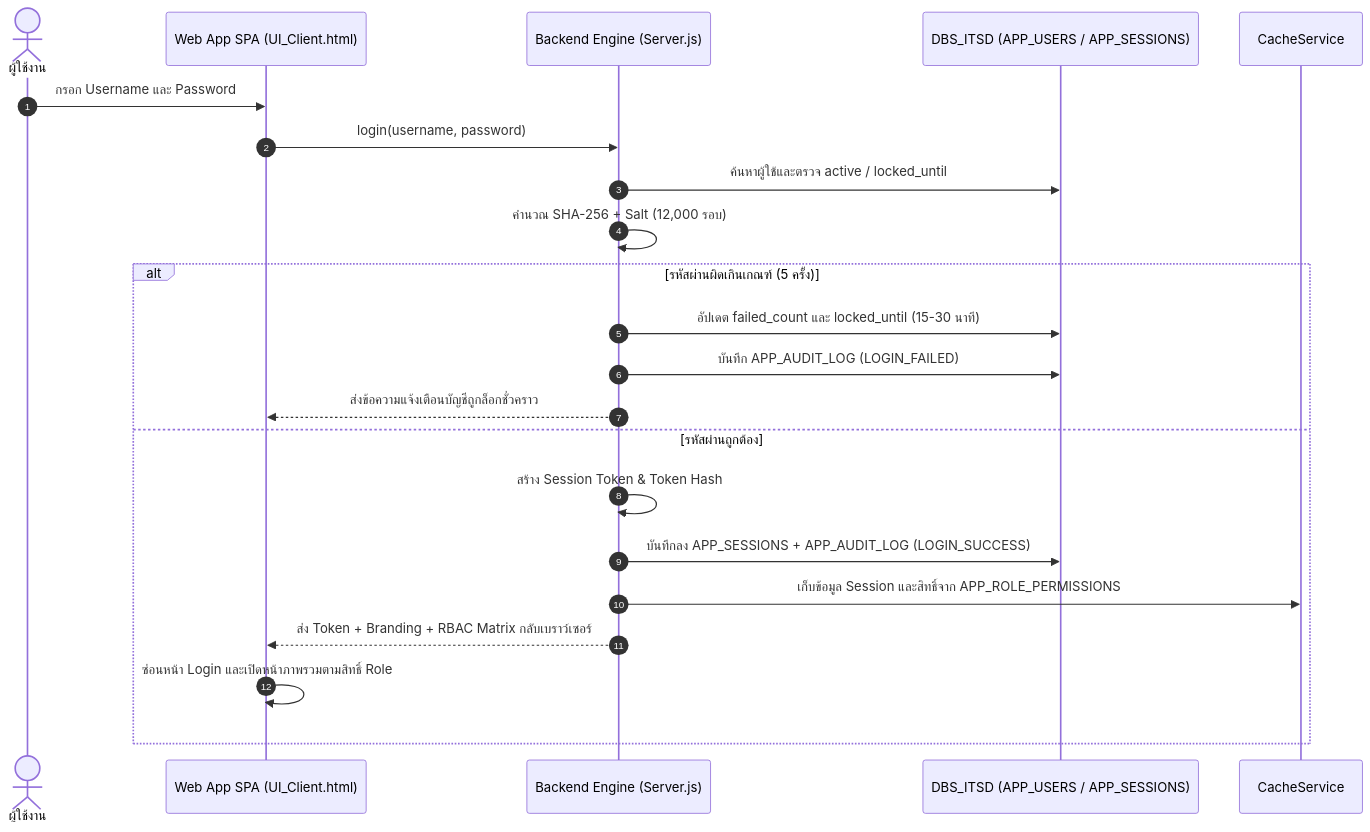
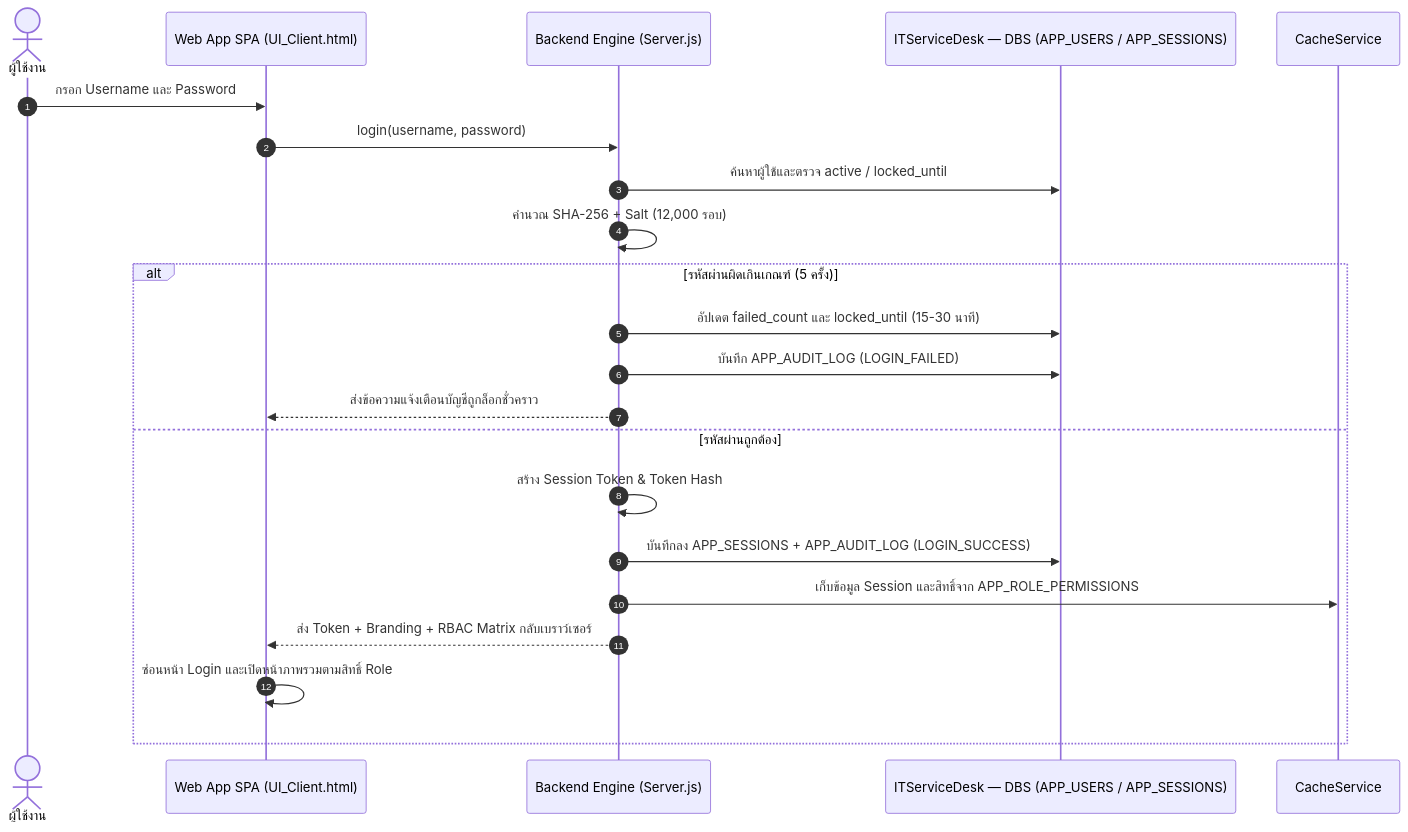
Before and after one commit to thakot-cloud/ITServiceDesk: the fourth of 9 diagrams in DATA_DIAGRAM_AND_WORKFLOW.md, drawn with Mermaid. The commit also changed other lines of this file and 3 other files, not shown here.

Commit message:
docs: standardize resource names to 005_ITServiceDesk and ITServiceDesk — DBS

````diff
--- a/DATA_DIAGRAM_AND_WORKFLOW.md
+++ b/DATA_DIAGRAM_AND_WORKFLOW.md
@@ -289,25 +289,25 @@
 ```mermaid
 sequenceDiagram
     autonumber
     actor User as ผู้ใช้งาน
     participant Client as Web App SPA (UI_Client.html)
     participant API as Backend Engine (Server.js)
-    participant Sheet as DBS_ITSD (APP_USERS / APP_SESSIONS)
+    participant Sheet as ITServiceDesk — DBS (APP_USERS / APP_SESSIONS)
     participant Cache as CacheService
 
     User->>Client: กรอก Username และ Password
     Client->>API: login(username, password)
     API->>Sheet: ค้นหาผู้ใช้และตรวจ active / locked_until
     API->>API: คำนวณ SHA-256 + Salt (12,000 รอบ)
     alt รหัสผ่านผิดเกินเกณฑ์ (5 ครั้ง)
         API->>Sheet: อัปเดต failed_count และ locked_until (15-30 นาที)
         API->>Sheet: บันทึก APP_AUDIT_LOG (LOGIN_FAILED)
         API-->>Client: ส่งข้อความแจ้งเตือนบัญชีถูกล็อกชั่วคราว
     else รหัสผ่านถูกต้อง
         API->>API: สร้าง Session Token & Token Hash
         API->>Sheet: บันทึกลง APP_SESSIONS + APP_AUDIT_LOG (LOGIN_SUCCESS)
         API->>Cache: เก็บข้อมูล Session และสิทธิ์จาก APP_ROLE_PERMISSIONS
         API-->>Client: ส่ง Token + Branding + RBAC Matrix กลับเบราว์เซอร์
         Client->>Client: ซ่อนหน้า Login และเปิดหน้าภาพรวมตามสิทธิ์ Role
     end
 ```
````
